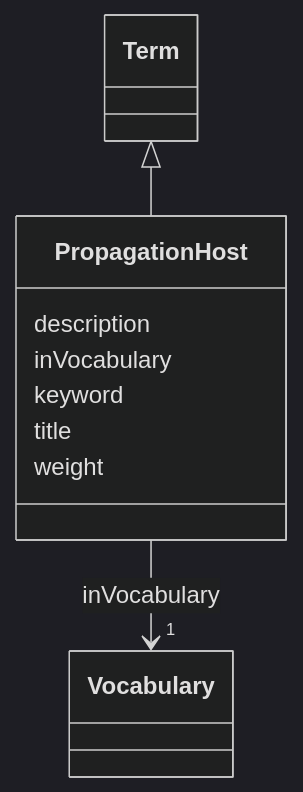
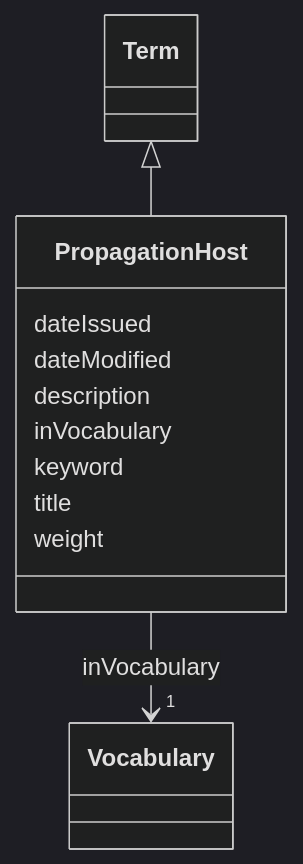
One commit to EVORA-project/evora-ontology changed the diagram in models/docs/PropagationHost.md. Above: the diagram before and after it, drawn with Mermaid (dark theme). The commit also changed other lines of this file and 377 other files, not shown here.

````diff
--- a/models/docs/PropagationHost.md
+++ b/models/docs/PropagationHost.md
@@ -19,26 +19,30 @@
 ```mermaid
  classDiagram
     class PropagationHost
     click PropagationHost href "../PropagationHost"
       Term <|-- PropagationHost
         click Term href "../Term"
       
+      PropagationHost : dateIssued
+        
+      PropagationHost : dateModified
+        
       PropagationHost : description
         
       PropagationHost : inVocabulary
         
           
     
     
     PropagationHost --> "1" Vocabulary : inVocabulary
     click Vocabulary href "../Vocabulary"
 
         
       PropagationHost : keyword
         
       PropagationHost : title
         
       PropagationHost : weight
         
       
 ```
````
